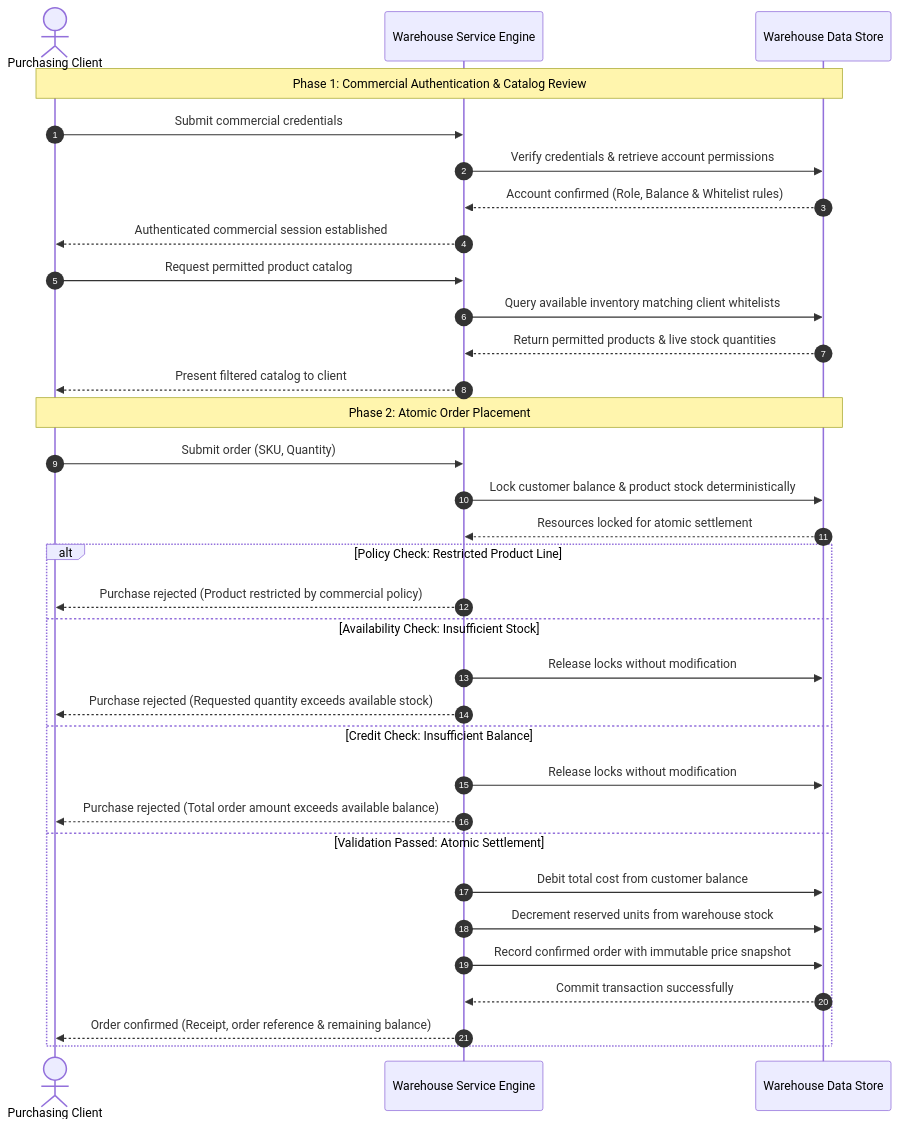
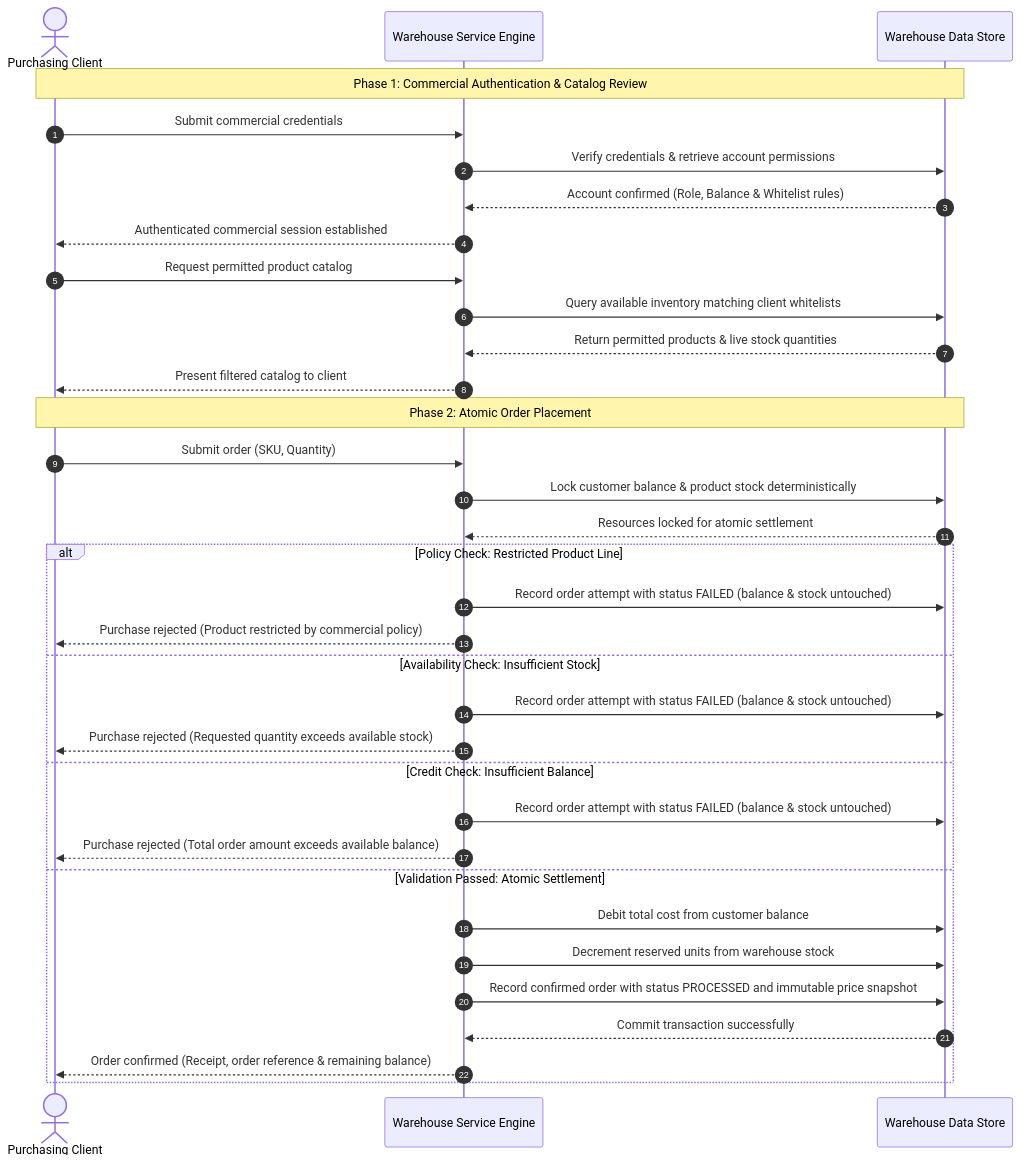
The third of 4 diagrams in specs/CLIENT_SPEC.md (altregubov/warehouse-rest-test-app), drawn with Mermaid before and after one commit. The commit also changed other lines of this file, not shown here.

Commit message:
docs: adjust fulfillment descriptions in CLIENT_SPEC.md to align with order lifecycle

````diff
--- a/specs/CLIENT_SPEC.md
+++ b/specs/CLIENT_SPEC.md
@@ -168,40 +168,41 @@
 ```mermaid
 sequenceDiagram
     autonumber
     actor Customer as Purchasing Client
     participant Service as Warehouse Service Engine
     participant Ledger as Warehouse Data Store
 
     Note over Customer,Ledger: Phase 1: Commercial Authentication & Catalog Review
     Customer->>Service: Submit commercial credentials
     Service->>Ledger: Verify credentials & retrieve account permissions
     Ledger-->>Service: Account confirmed (Role, Balance & Whitelist rules)
     Service-->>Customer: Authenticated commercial session established
 
     Customer->>Service: Request permitted product catalog
     Service->>Ledger: Query available inventory matching client whitelists
     Ledger-->>Service: Return permitted products & live stock quantities
     Service-->>Customer: Present filtered catalog to client
 
     Note over Customer,Ledger: Phase 2: Atomic Order Placement
     Customer->>Service: Submit order (SKU, Quantity)
     
     Service->>Ledger: Lock customer balance & product stock deterministically
     Ledger-->>Service: Resources locked for atomic settlement
 
     alt Policy Check: Restricted Product Line
+        Service->>Ledger: Record order attempt with status FAILED (balance & stock untouched)
         Service-->>Customer: Purchase rejected (Product restricted by commercial policy)
     else Availability Check: Insufficient Stock
-        Service->>Ledger: Release locks without modification
+        Service->>Ledger: Record order attempt with status FAILED (balance & stock untouched)
         Service-->>Customer: Purchase rejected (Requested quantity exceeds available stock)
     else Credit Check: Insufficient Balance
-        Service->>Ledger: Release locks without modification
+        Service->>Ledger: Record order attempt with status FAILED (balance & stock untouched)
         Service-->>Customer: Purchase rejected (Total order amount exceeds available balance)
     else Validation Passed: Atomic Settlement
         Service->>Ledger: Debit total cost from customer balance
         Service->>Ledger: Decrement reserved units from warehouse stock
-        Service->>Ledger: Record confirmed order with immutable price snapshot
+        Service->>Ledger: Record confirmed order with status PROCESSED and immutable price snapshot
         Ledger-->>Service: Commit transaction successfully
         Service-->>Customer: Order confirmed (Receipt, order reference & remaining balance)
     end
 ```
````
